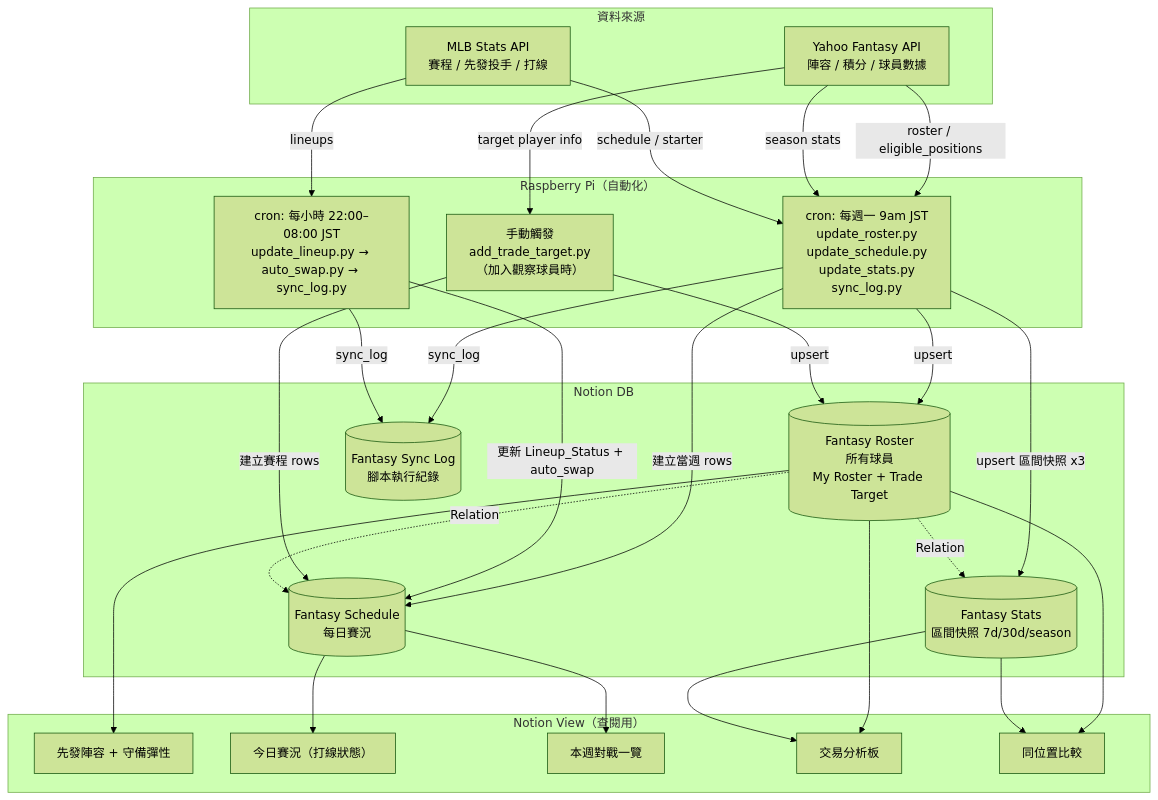
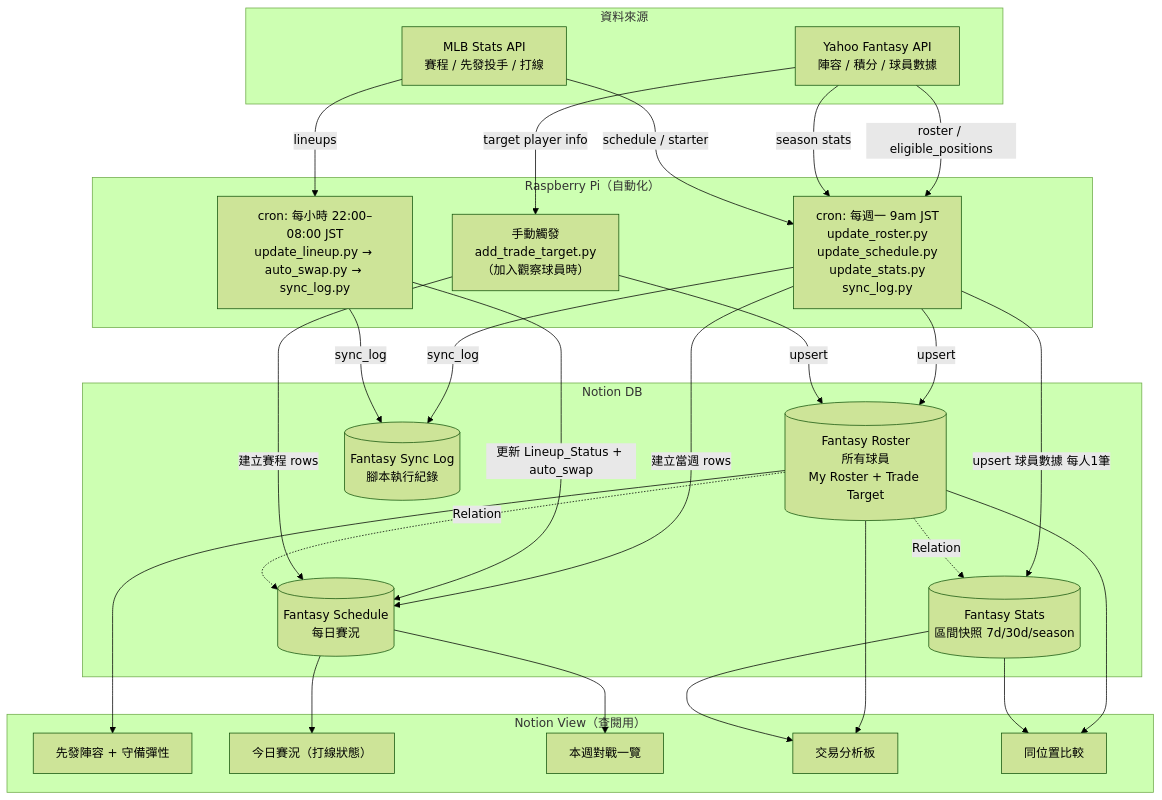
Before and after one commit to poyao-wang/fantasy-baseball: the diagram in notion-plan.md, drawn with Mermaid (forest theme). The commit also changed other lines of this file and 1 other file, not shown here.

````diff
--- a/notion-plan.md
+++ b/notion-plan.md
@@ -5,51 +5,51 @@
 ```mermaid
 flowchart TD
     subgraph Sources["資料來源"]
         Y[Yahoo Fantasy API<br/>陣容 / 積分 / 球員數據]
         M[MLB Stats API<br/>賽程 / 先發投手 / 打線]
     end
 
     subgraph RPi["Raspberry Pi（自動化）"]
         S1["cron: 每週一 9am JST<br/>update_roster.py<br/>update_schedule.py<br/>update_stats.py<br/>sync_log.py"]
         S2["cron: 每小時 22:00–08:00 JST<br/>update_lineup.py → auto_swap.py → sync_log.py"]
         S3["手動觸發<br/>add_trade_target.py<br/>（加入觀察球員時）"]
     end
 
     subgraph Notion["Notion DB"]
         DB1[("Fantasy Roster<br/>所有球員<br/>My Roster + Trade Target")]
         DB2[("Fantasy Schedule<br/>每日賽況")]
         DB3[("Fantasy Stats<br/>區間快照 7d/30d/season")]
         DB4[("Fantasy Sync Log<br/>腳本執行紀錄")]
     end
 
     subgraph Views["Notion View（查閱用）"]
         V1["先發陣容 + 守備彈性"]
         V2["今日賽況（打線狀態）"]
         V3["本週對戰一覽"]
         V4["交易分析板"]
         V5["同位置比較"]
     end
 
     Y -->|roster / eligible_positions| S1
     Y -->|season stats| S1
     M -->|schedule / starter| S1
     M -->|lineups| S2
     Y -->|target player info| S3
     S1 -->|upsert| DB1
     S1 -->|建立當週 rows| DB2
-    S1 -->|upsert 區間快照 x3| DB3
+    S1 -->|upsert 球員數據 每人1筆| DB3
     S1 -->|sync_log| DB4
     S2 -->|更新 Lineup_Status + auto_swap| DB2
     S2 -->|sync_log| DB4
     S3 -->|upsert| DB1
     S3 -->|建立賽程 rows| DB2
     DB1 --> V1
     DB2 --> V2
     DB2 --> V3
     DB1 --> V4
     DB3 --> V4
     DB1 --> V5
     DB3 --> V5
     DB1 -.->|Relation| DB2
     DB1 -.->|Relation| DB3
 ```
````
